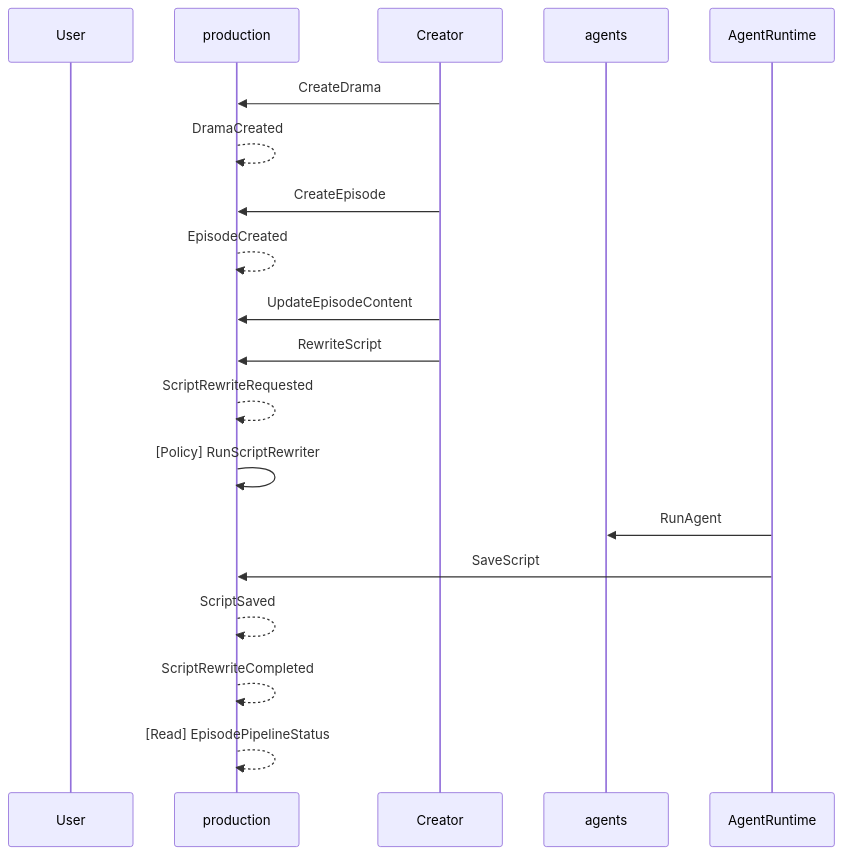
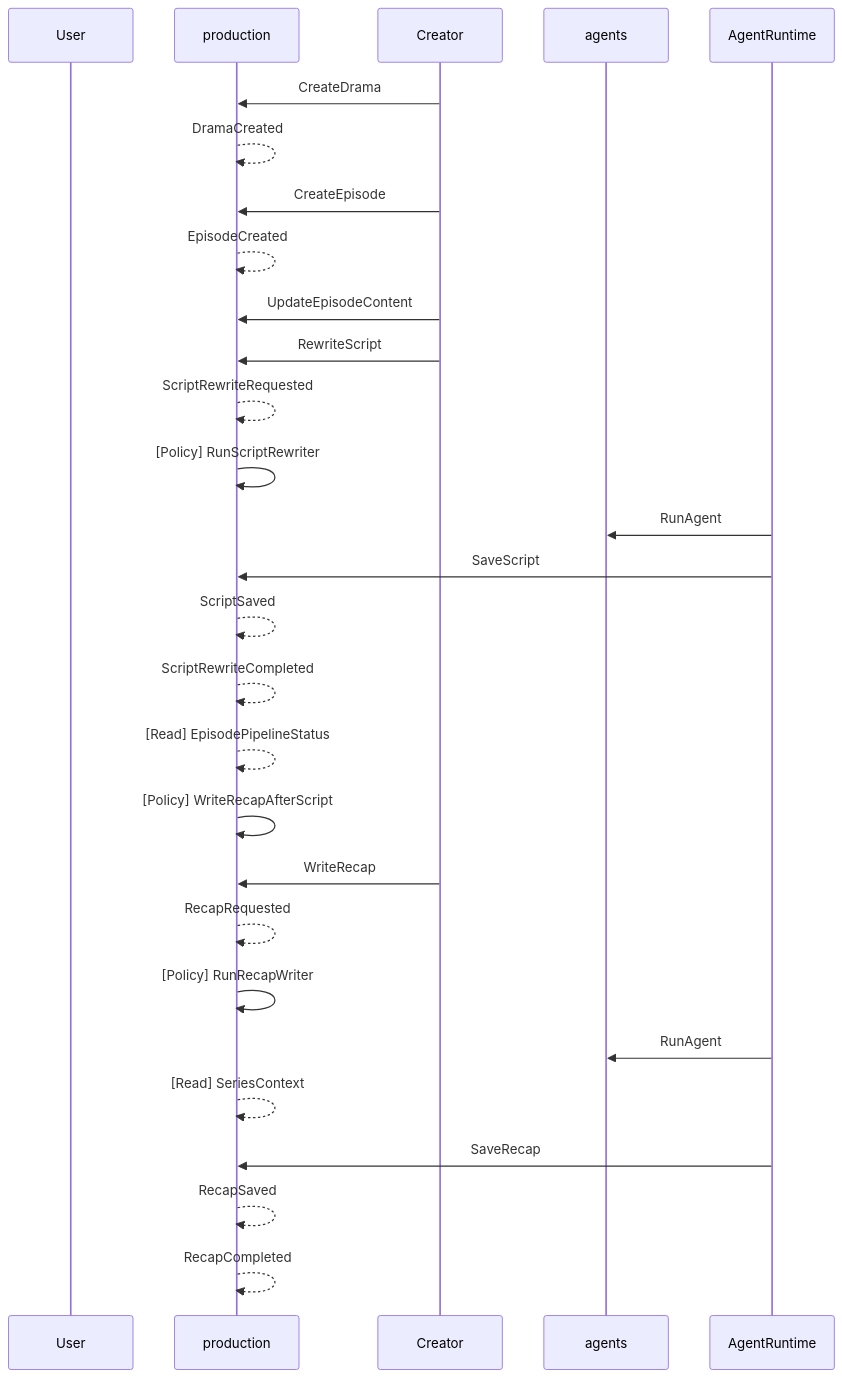
The second of 7 diagrams in .dkk/docs/index.md (hakankaan/open-drama), drawn with Mermaid before and after one commit. The commit also changed other lines of this file and 101 other files, not shown here.

````diff
--- a/.dkk/docs/index.md
+++ b/.dkk/docs/index.md
@@ -132,22 +136,31 @@
 ```mermaid
 sequenceDiagram
     participant actor_User as User
     participant ctx_production as production
     participant actor_Creator as Creator
     participant ctx_agents as agents
     participant actor_AgentRuntime as AgentRuntime
 
     actor_Creator->>ctx_production: CreateDrama
     ctx_production-->>ctx_production: DramaCreated
     actor_Creator->>ctx_production: CreateEpisode
     ctx_production-->>ctx_production: EpisodeCreated
     actor_Creator->>ctx_production: UpdateEpisodeContent
     actor_Creator->>ctx_production: RewriteScript
     ctx_production-->>ctx_production: ScriptRewriteRequested
     ctx_production->>ctx_production: [Policy] RunScriptRewriter
     actor_AgentRuntime->>ctx_agents: RunAgent
     actor_AgentRuntime->>ctx_production: SaveScript
     ctx_production-->>ctx_production: ScriptSaved
     ctx_production-->>ctx_production: ScriptRewriteCompleted
     ctx_production-->>ctx_production: [Read] EpisodePipelineStatus
+    ctx_production->>ctx_production: [Policy] WriteRecapAfterScript
+    actor_Creator->>ctx_production: WriteRecap
+    ctx_production-->>ctx_production: RecapRequested
+    ctx_production->>ctx_production: [Policy] RunRecapWriter
+    actor_AgentRuntime->>ctx_agents: RunAgent
+    ctx_production-->>ctx_production: [Read] SeriesContext
+    actor_AgentRuntime->>ctx_production: SaveRecap
+    ctx_production-->>ctx_production: RecapSaved
+    ctx_production-->>ctx_production: RecapCompleted
 ```
````
